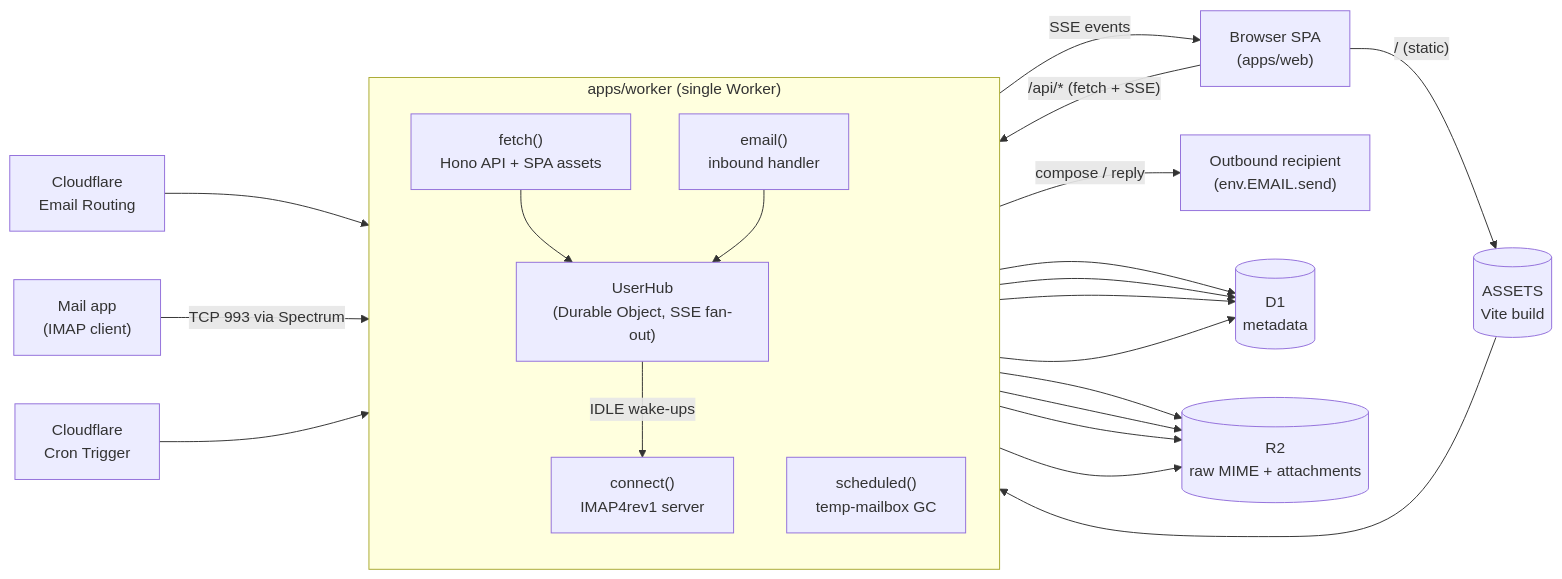
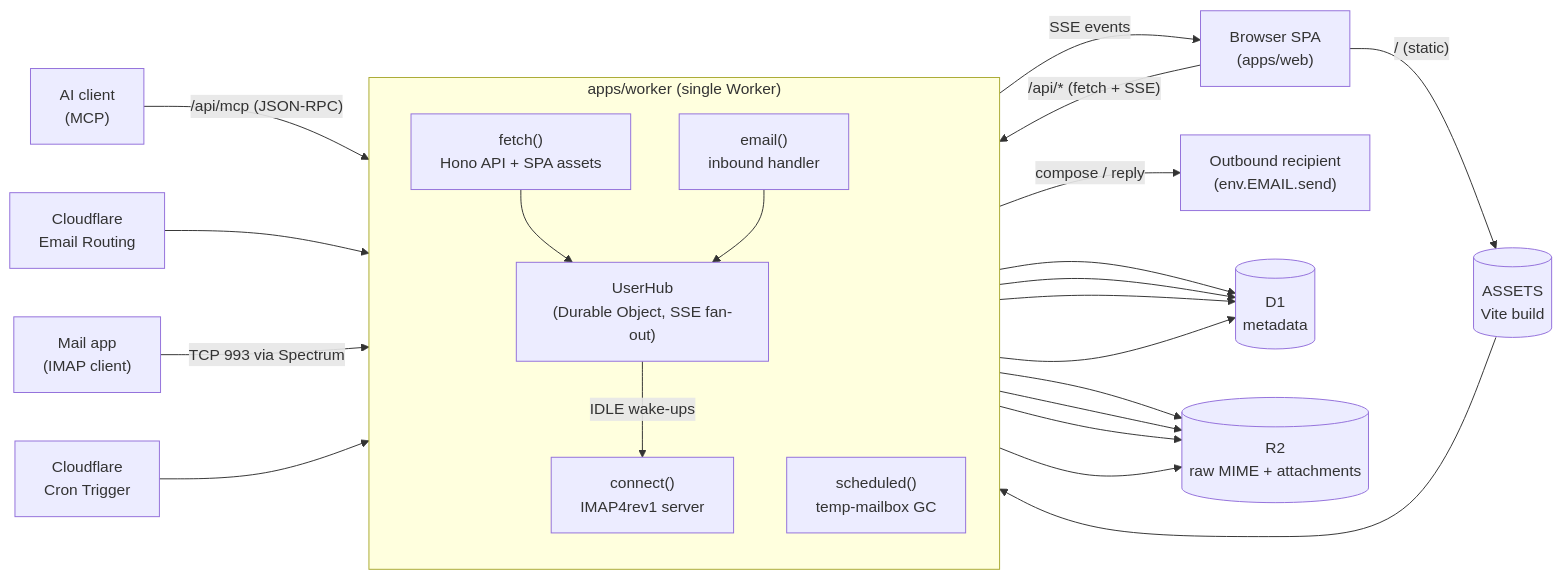
The diagram in README.md (Newspicel/cloudflare-mail), drawn with Mermaid before and after one commit. The commit also changed other lines of this file and 9 other files, not shown here.

First line of the commit message:
feat(mcp): serve the mailbox over MCP on /api/mcp

````diff
--- a/README.md
+++ b/README.md
@@ -44,41 +46,43 @@
 ```mermaid
 flowchart LR
   Browser["Browser SPA<br/>(apps/web)"]
   Inbound["Cloudflare<br/>Email Routing"]
   MailApp["Mail app<br/>(IMAP client)"]
+  McpClient["AI client<br/>(MCP)"]
   Cron["Cloudflare<br/>Cron Trigger"]
   Sender["Outbound recipient<br/>(env.EMAIL.send)"]
 
   subgraph Worker["apps/worker (single Worker)"]
     direction TB
     Fetch["fetch()<br/>Hono API + SPA assets"]
     Email["email()<br/>inbound handler"]
     Connect["connect()<br/>IMAP4rev1 server"]
     Scheduled["scheduled()<br/>temp-mailbox GC"]
     Hub["UserHub<br/>(Durable Object, SSE fan-out)"]
   end
 
   D1[("D1<br/>metadata")]
   R2[("R2<br/>raw MIME + attachments")]
   Assets[("ASSETS<br/>Vite build")]
 
   Browser -- "/api/* (fetch + SSE)" --> Fetch
+  McpClient -- "/api/mcp (JSON-RPC)" --> Fetch
   Browser -- "/ (static)" --> Assets
   Assets --> Fetch
   Inbound --> Email
   MailApp -- "TCP 993 via Spectrum" --> Connect
   Cron --> Scheduled
   Fetch --> D1
   Fetch --> R2
   Fetch --> Hub
   Email --> D1
   Email --> R2
   Email --> Hub
   Connect --> D1
   Connect --> R2
   Hub -- "IDLE wake-ups" --> Connect
   Scheduled --> D1
   Scheduled --> R2
   Fetch -- "compose / reply" --> Sender
   Hub -- "SSE events" --> Browser
 ```
````
